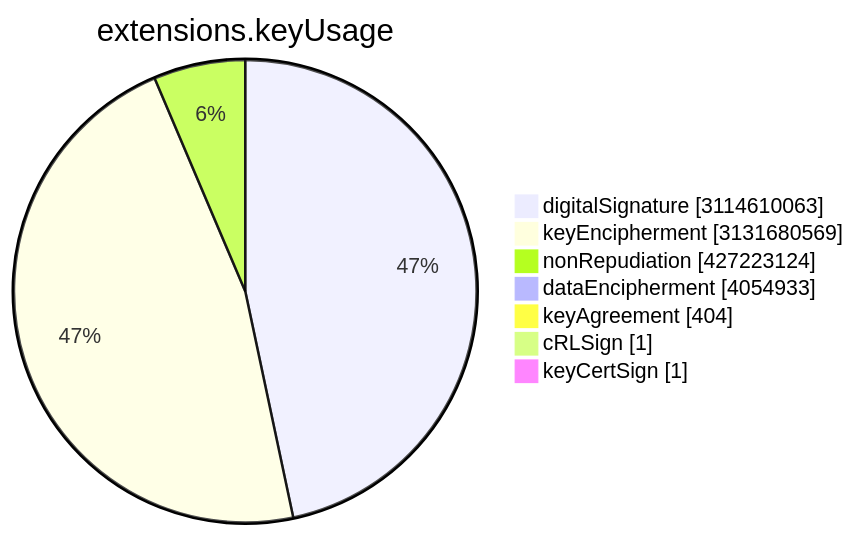
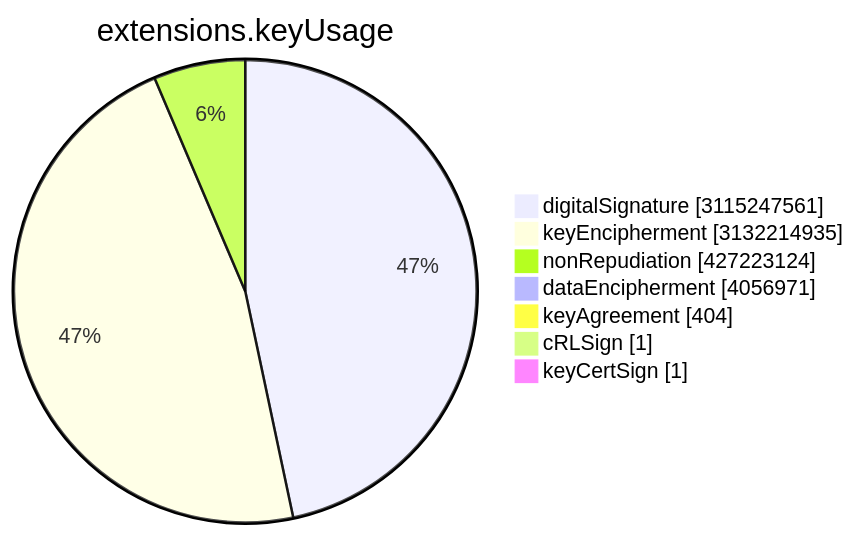
The sixth of 15 diagrams in TOTAL/README.md (christiankrug/ctmonitor_visualization), drawn with Mermaid before and after one commit. The commit also changed other lines of this file, not shown here.

````diff
--- a/TOTAL/README.md
+++ b/TOTAL/README.md
@@ -3077,11 +3077,11 @@
 ```mermaid
 pie showData
 title extensions.keyUsage
-"digitalSignature" :3114610063
-"keyEncipherment" :3131680569
+"digitalSignature" :3115247561
+"keyEncipherment" :3132214935
 "nonRepudiation" :427223124
-"dataEncipherment" :4054933
+"dataEncipherment" :4056971
 "keyAgreement" :404
 "cRLSign" :1
 "keyCertSign" :1
 ```
````
